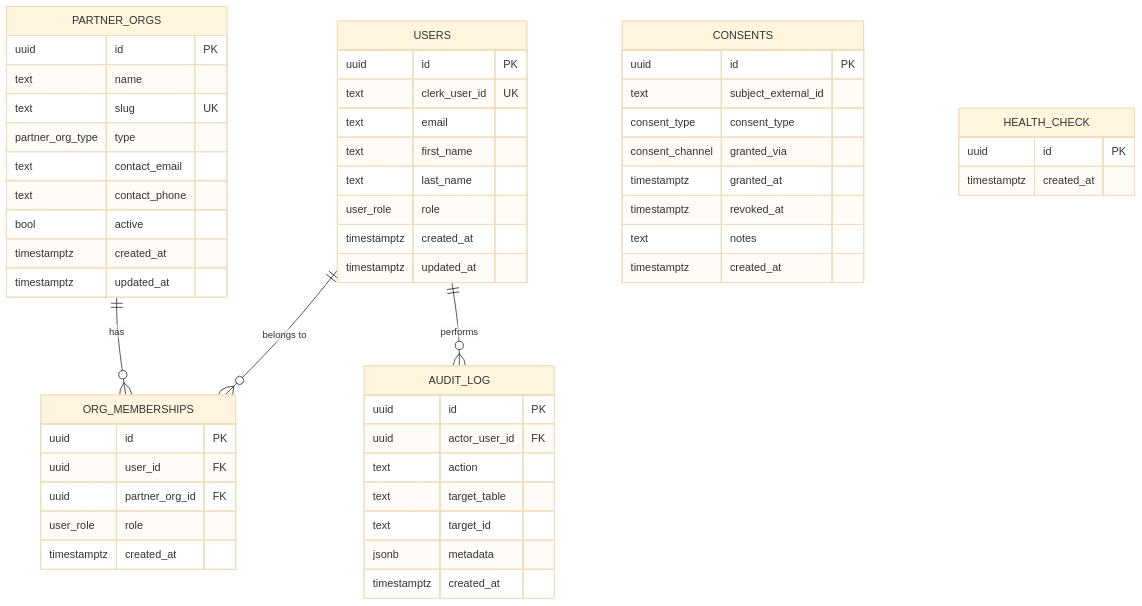
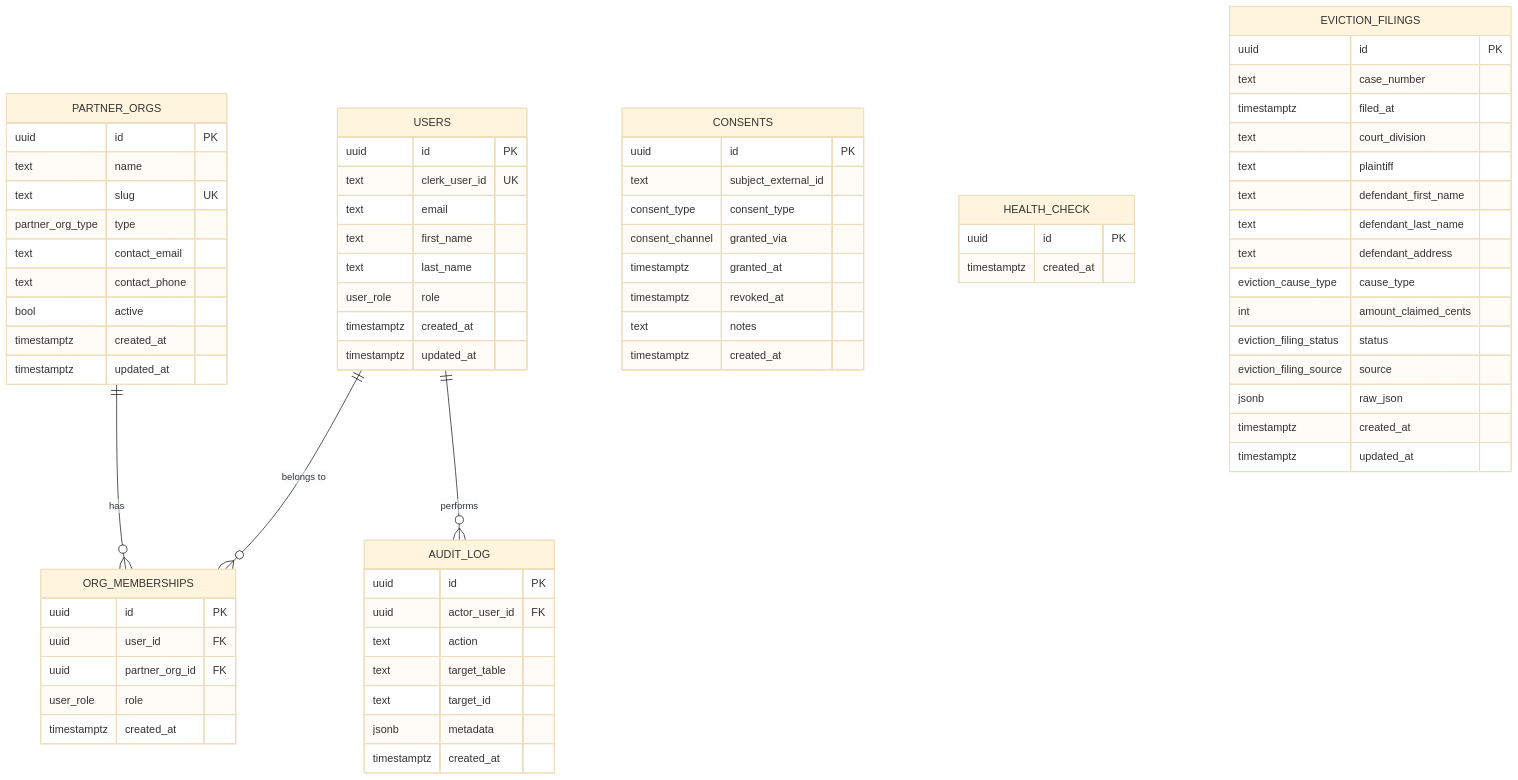
The diagram in docs/schema.md (DobbsBoldry/homeless), drawn with Mermaid (base theme) before and after one commit. The commit also changed other lines of this file and 7 other files, not shown here.

First line of the commit message:
feat(EVDT-004): eviction_filings schema + enums

````diff
--- a/docs/schema.md
+++ b/docs/schema.md
@@ -11,63 +11,81 @@
 ```mermaid
 erDiagram
     PARTNER_ORGS ||--o{ ORG_MEMBERSHIPS : has
     USERS ||--o{ ORG_MEMBERSHIPS : "belongs to"
     USERS ||--o{ AUDIT_LOG : "performs"
 
     USERS {
         uuid id PK
         text clerk_user_id UK
         text email
         text first_name
         text last_name
         user_role role
         timestamptz created_at
         timestamptz updated_at
     }
 
     PARTNER_ORGS {
         uuid id PK
         text name
         text slug UK
         partner_org_type type
         text contact_email
         text contact_phone
         bool active
         timestamptz created_at
         timestamptz updated_at
     }
 
     ORG_MEMBERSHIPS {
         uuid id PK
         uuid user_id FK
         uuid partner_org_id FK
         user_role role
         timestamptz created_at
     }
 
     AUDIT_LOG {
         uuid id PK
         uuid actor_user_id FK
         text action
         text target_table
         text target_id
         jsonb metadata
         timestamptz created_at
     }
 
     CONSENTS {
         uuid id PK
         text subject_external_id
         consent_type consent_type
         consent_channel granted_via
         timestamptz granted_at
         timestamptz revoked_at
         text notes
         timestamptz created_at
     }
 
     HEALTH_CHECK {
         uuid id PK
         timestamptz created_at
     }
+
+    EVICTION_FILINGS {
+        uuid id PK
+        text case_number
+        timestamptz filed_at
+        text court_division
+        text plaintiff
+        text defendant_first_name
+        text defendant_last_name
+        text defendant_address
+        eviction_cause_type cause_type
+        int amount_claimed_cents
+        eviction_filing_status status
+        eviction_filing_source source
+        jsonb raw_json
+        timestamptz created_at
+        timestamptz updated_at
+    }
 ```
````
